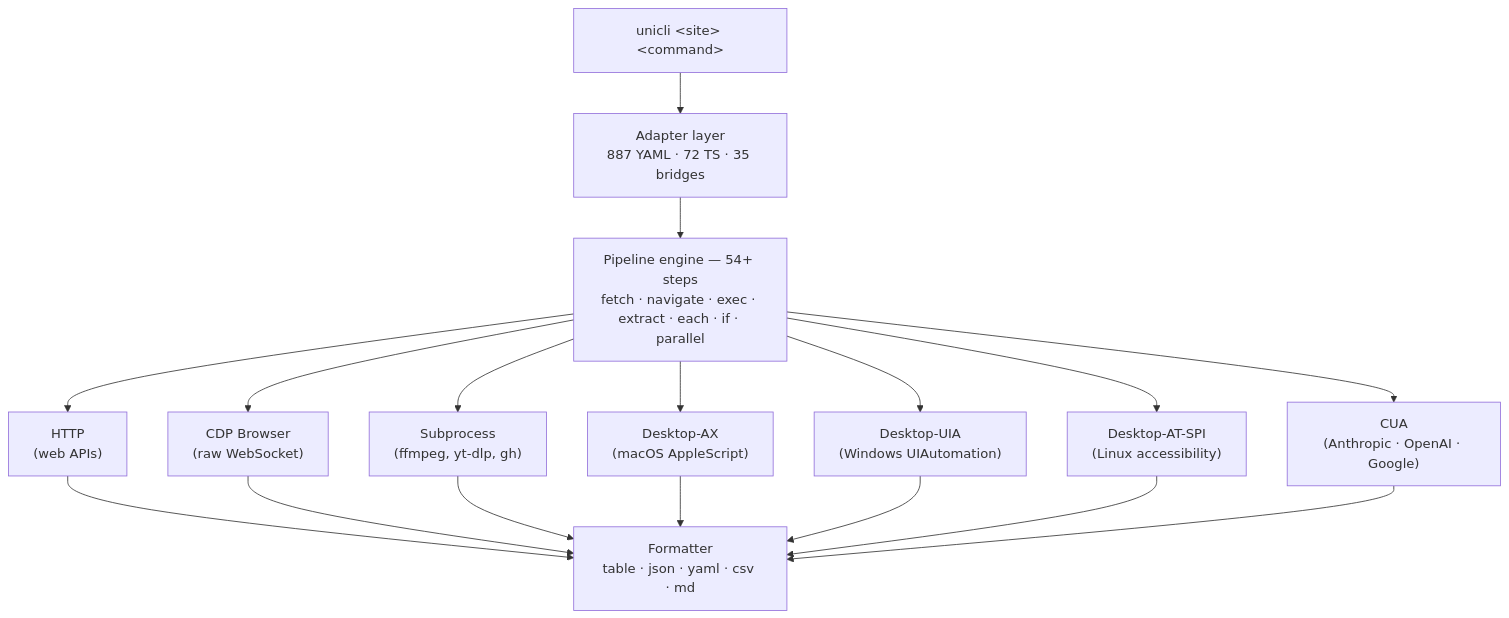
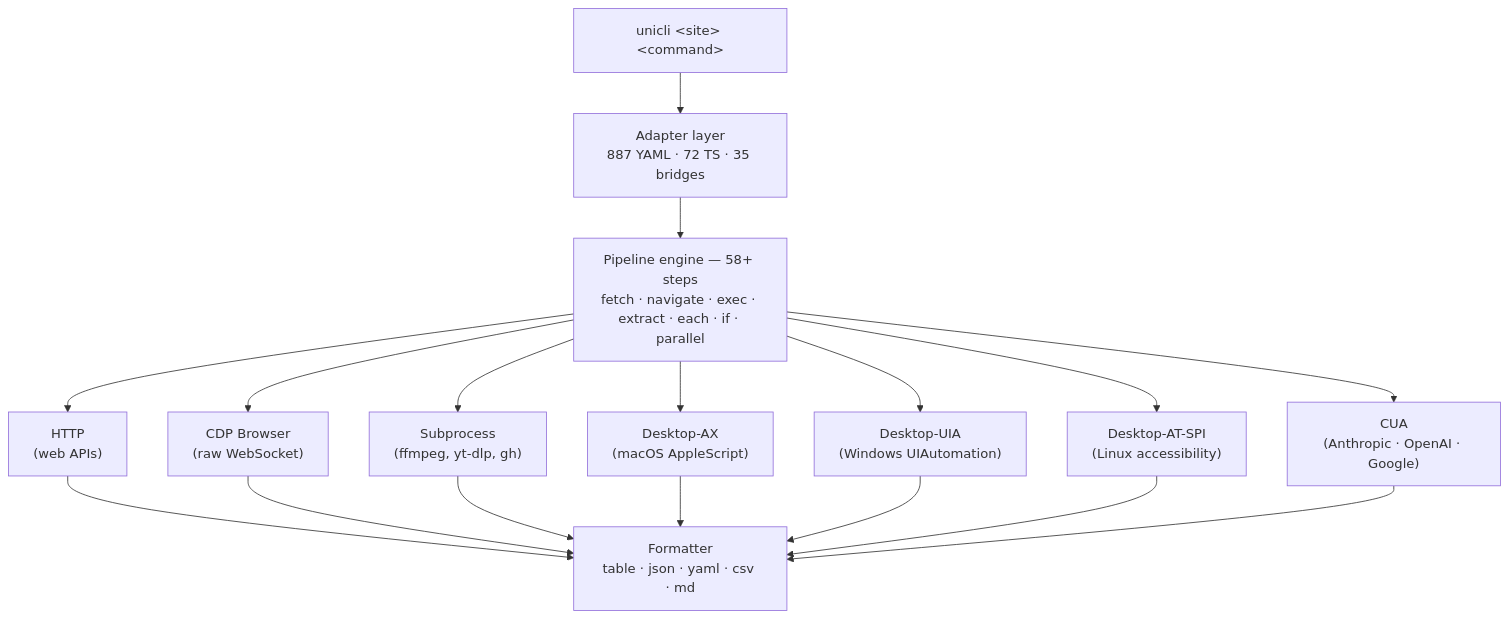
The diagram in README.md (olo-dot-io/Uni-CLI), drawn with Mermaid before and after one commit. The commit also changed other lines of this file and 33 other files, not shown here.

````diff
--- a/README.md
+++ b/README.md
@@ -79,24 +79,24 @@
 ```mermaid
 graph TB
     CMD["unicli &lt;site&gt; &lt;command&gt;"]
 
     CMD --> ADAPT["Adapter layer<br/>887 YAML · 72 TS · 35 bridges"]
 
-    ADAPT --> ENGINE["Pipeline engine — <!-- STATS:pipeline_step_count -->54<!-- /STATS -->+ steps<br/>fetch · navigate · exec · extract · each · if · parallel"]
+    ADAPT --> ENGINE["Pipeline engine — <!-- STATS:pipeline_step_count -->58<!-- /STATS -->+ steps<br/>fetch · navigate · exec · extract · each · if · parallel"]
 
     ENGINE --> T1["HTTP<br/>(web APIs)"]
     ENGINE --> T2["CDP Browser<br/>(raw WebSocket)"]
     ENGINE --> T3["Subprocess<br/>(ffmpeg, yt-dlp, gh)"]
     ENGINE --> T4["Desktop-AX<br/>(macOS AppleScript)"]
     ENGINE --> T5["Desktop-UIA<br/>(Windows UIAutomation)"]
     ENGINE --> T6["Desktop-AT-SPI<br/>(Linux accessibility)"]
     ENGINE --> T7["CUA<br/>(Anthropic · OpenAI · Google)"]
 
     T1 --> OUT["Formatter<br/>table · json · yaml · csv · md"]
     T2 --> OUT
     T3 --> OUT
     T4 --> OUT
     T5 --> OUT
     T6 --> OUT
     T7 --> OUT
 ```
````
